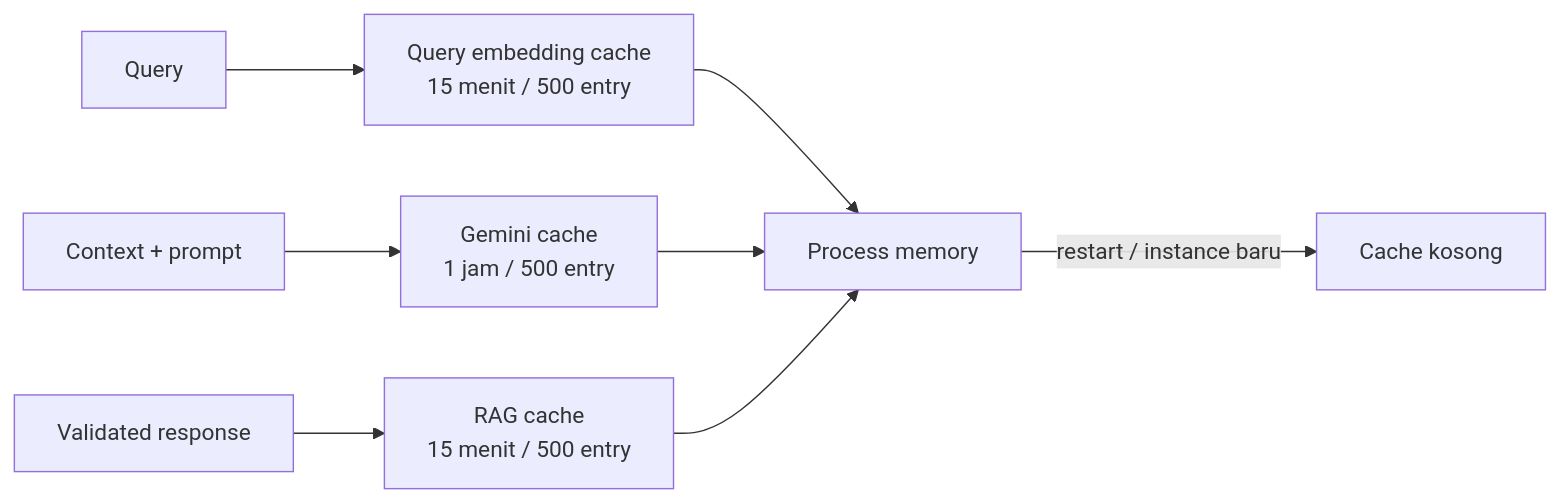
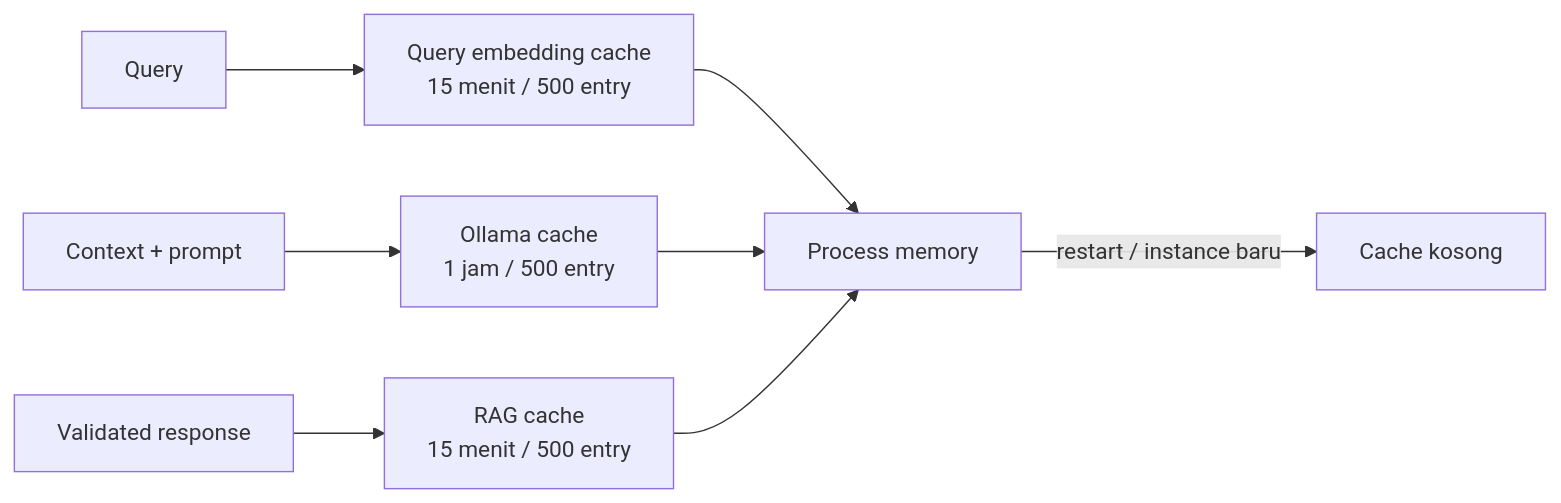
Before and after one commit to Irfandroid/qalbu-rag: the eighth of 8 diagrams in docs/ARCHITECTURE.md, drawn with Mermaid. The commit also changed other lines of this file and 7 other files, not shown here.

````diff
--- a/docs/ARCHITECTURE.md
+++ b/docs/ARCHITECTURE.md
@@ -414,10 +415,10 @@
 ```mermaid
 flowchart LR
     Q[Query] --> QC[Query embedding cache<br/>15 menit / 500 entry]
-    C[Context + prompt] --> LC[Gemini cache<br/>1 jam / 500 entry]
+    C[Context + prompt] --> LC[Ollama cache<br/>1 jam / 500 entry]
     R[Validated response] --> RC[RAG cache<br/>15 menit / 500 entry]
     QC --> MEM[Process memory]
     LC --> MEM
     RC --> MEM
     MEM -->|restart / instance baru| EMPTY[Cache kosong]
 ```
````
